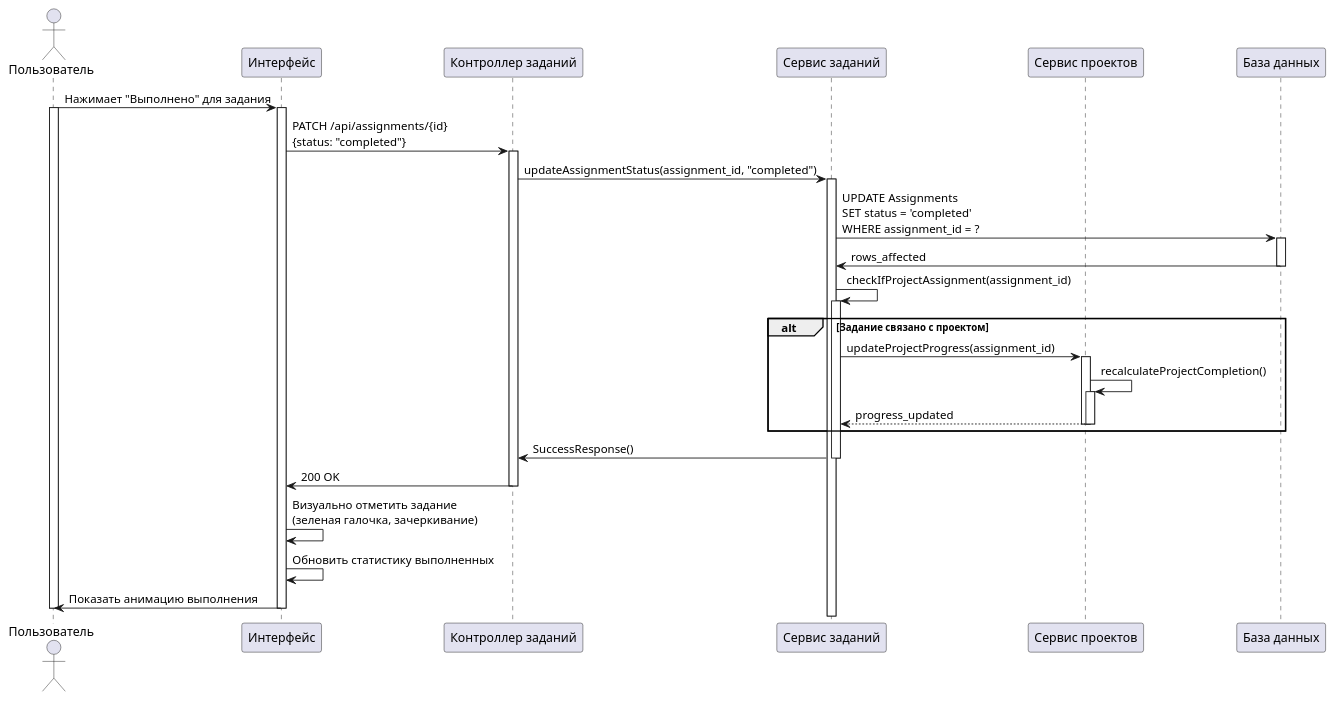
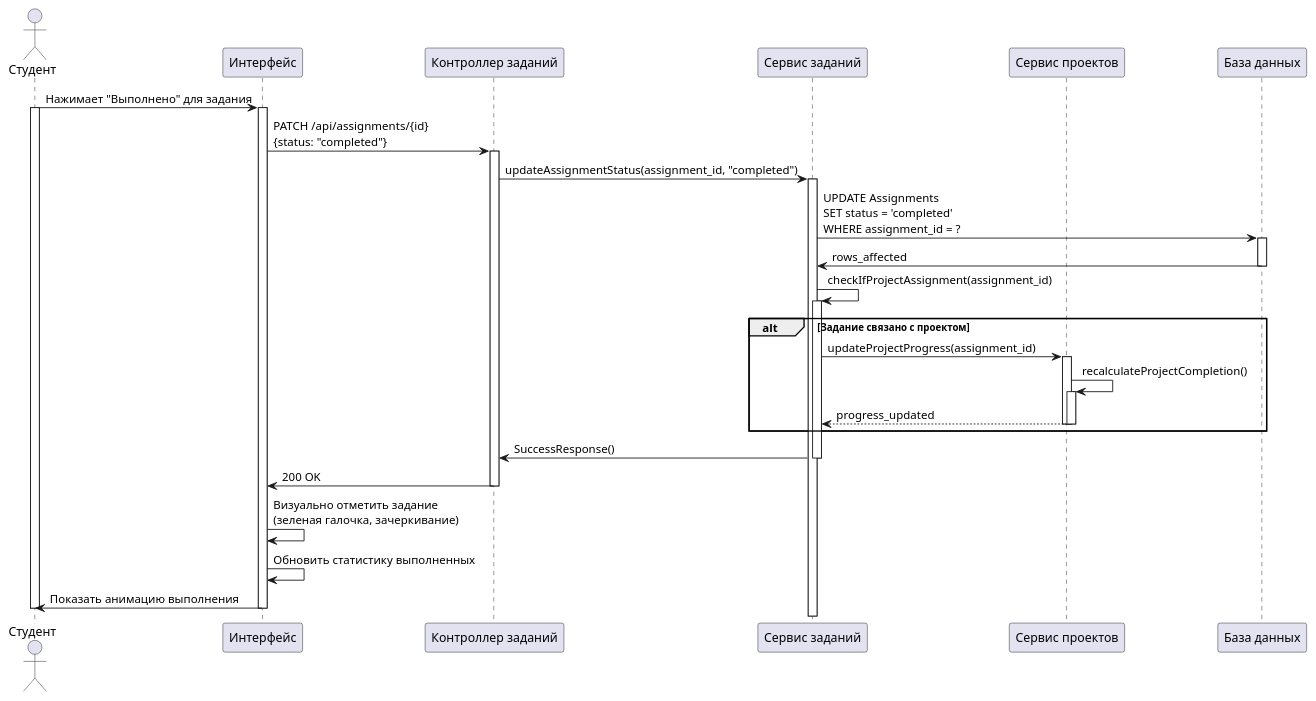
One commit to yulya-cloud/Planning-of-the-educational-process-src changed the diagram in docs/behavior/sequence/complete_assignment_sequence.puml. Above: the diagram before and after it, drawn with PlantUML.

```diff
--- a/docs/behavior/sequence/complete_assignment_sequence.puml
+++ b/docs/behavior/sequence/complete_assignment_sequence.puml
@@ -1,48 +1,48 @@
 @startuml Complete_Assignment_Sequence
-actor "Пользователь" as Student
+actor "Студент" as Student
 participant "Интерфейс" as UI
 participant "Контроллер заданий" as AssignmentController
 participant "Сервис заданий" as AssignmentService
 participant "Сервис проектов" as ProjectService
 participant "База данных" as DB
 
 Student -> UI: Нажимает "Выполнено" для задания
 activate Student
 activate UI
 
 UI -> AssignmentController: PATCH /api/assignments/{id}\n{status: "completed"}
 activate AssignmentController
 
 AssignmentController -> AssignmentService: updateAssignmentStatus(assignment_id, "completed")
 activate AssignmentService
 
 AssignmentService -> DB: UPDATE Assignments\nSET status = 'completed'\nWHERE assignment_id = ?
 activate DB
 DB -> AssignmentService: rows_affected
 deactivate DB
 
 AssignmentService -> AssignmentService: checkIfProjectAssignment(assignment_id)
 activate AssignmentService
 
 alt Задание связано с проектом
     AssignmentService -> ProjectService: updateProjectProgress(assignment_id)
     activate ProjectService
     ProjectService -> ProjectService: recalculateProjectCompletion()
     activate ProjectService
     ProjectService --> AssignmentService: progress_updated
     deactivate ProjectService
     deactivate ProjectService
 end
 
 AssignmentService -> AssignmentController: SuccessResponse()
 deactivate AssignmentService
 
 AssignmentController -> UI: 200 OK
 deactivate AssignmentController
 
 UI -> UI: Визуально отметить задание\n(зеленая галочка, зачеркивание)
 UI -> UI: Обновить статистику выполненных
 UI -> Student: Показать анимацию выполнения
 deactivate UI
 deactivate Student
 @enduml
```
